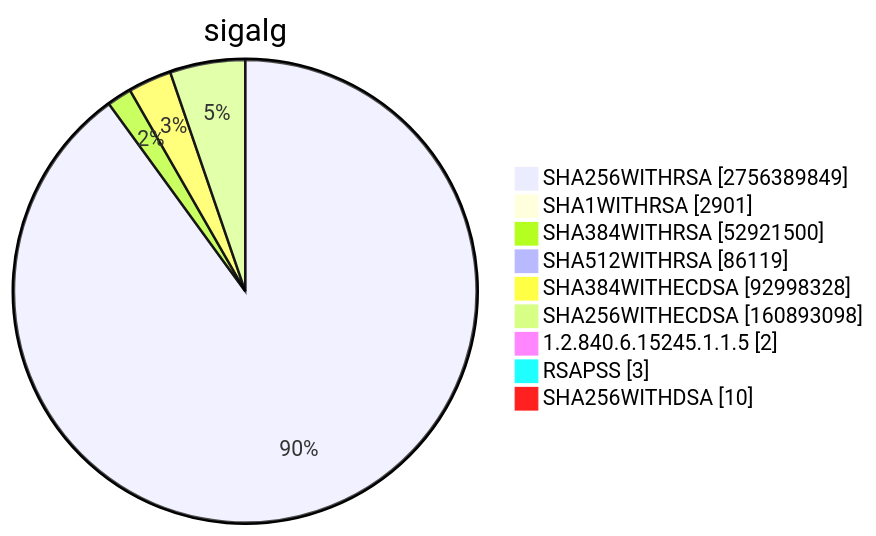
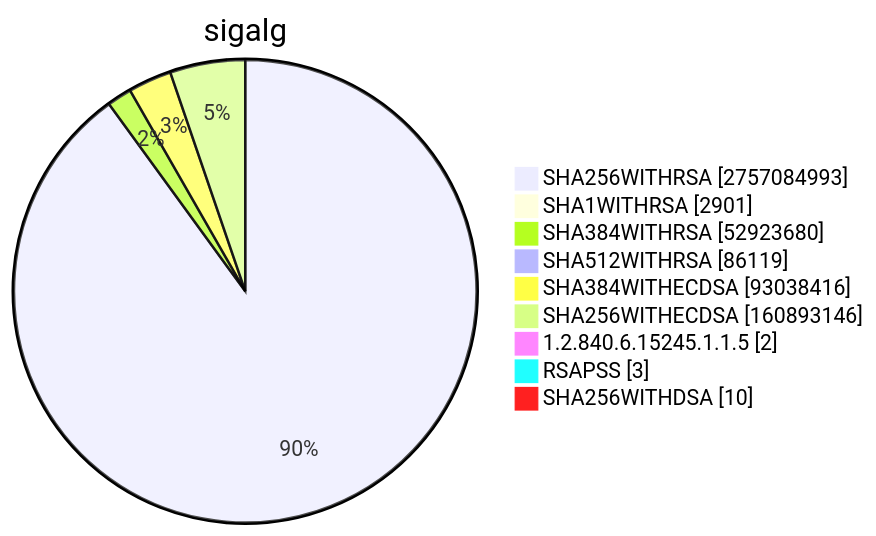
Before and after one commit to christiankrug/ctmonitor_visualization: diagram 15 of 15 in TOTAL/README.md, drawn with Mermaid. The commit also changed other lines of this file, not shown here.

````diff
--- a/TOTAL/README.md
+++ b/TOTAL/README.md
@@ -6207,13 +6207,13 @@
 ```mermaid
 pie showData
 title sigalg
-"SHA256WITHRSA" :2756389849
+"SHA256WITHRSA" :2757084993
 "SHA1WITHRSA" :2901
-"SHA384WITHRSA" :52921500
+"SHA384WITHRSA" :52923680
 "SHA512WITHRSA" :86119
-"SHA384WITHECDSA" :92998328
-"SHA256WITHECDSA" :160893098
+"SHA384WITHECDSA" :93038416
+"SHA256WITHECDSA" :160893146
 "1.2.840.6.15245.1.1.5" :2
 "RSAPSS" :3
 "SHA256WITHDSA" :10
 ```
````
